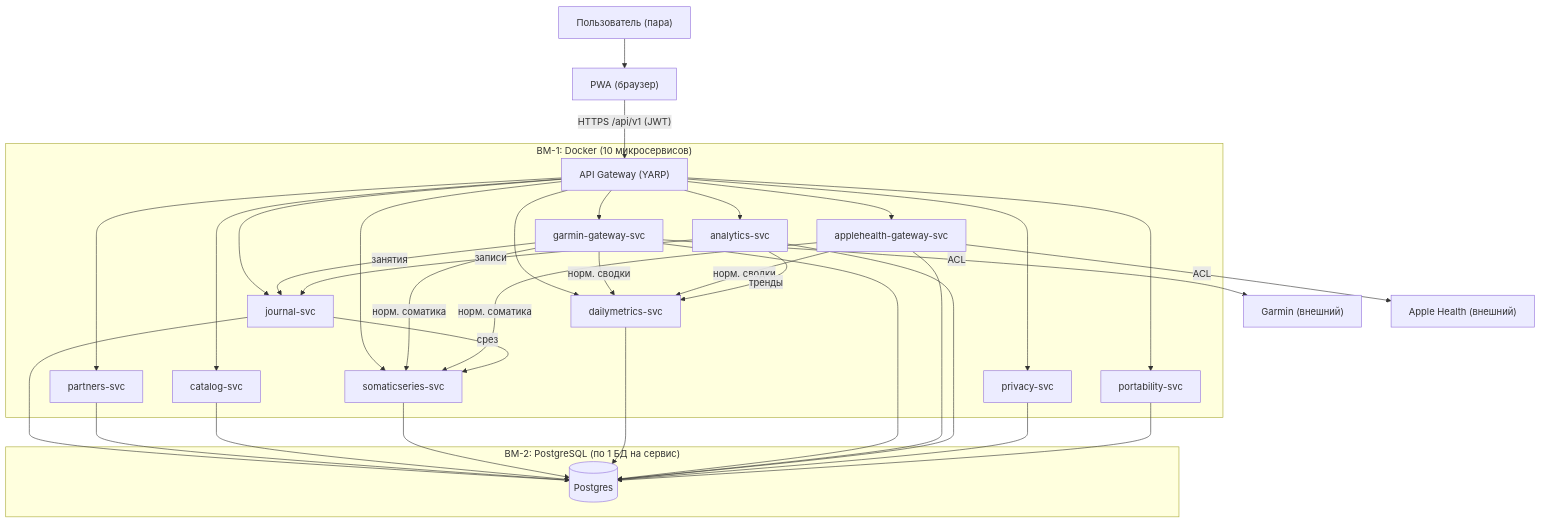
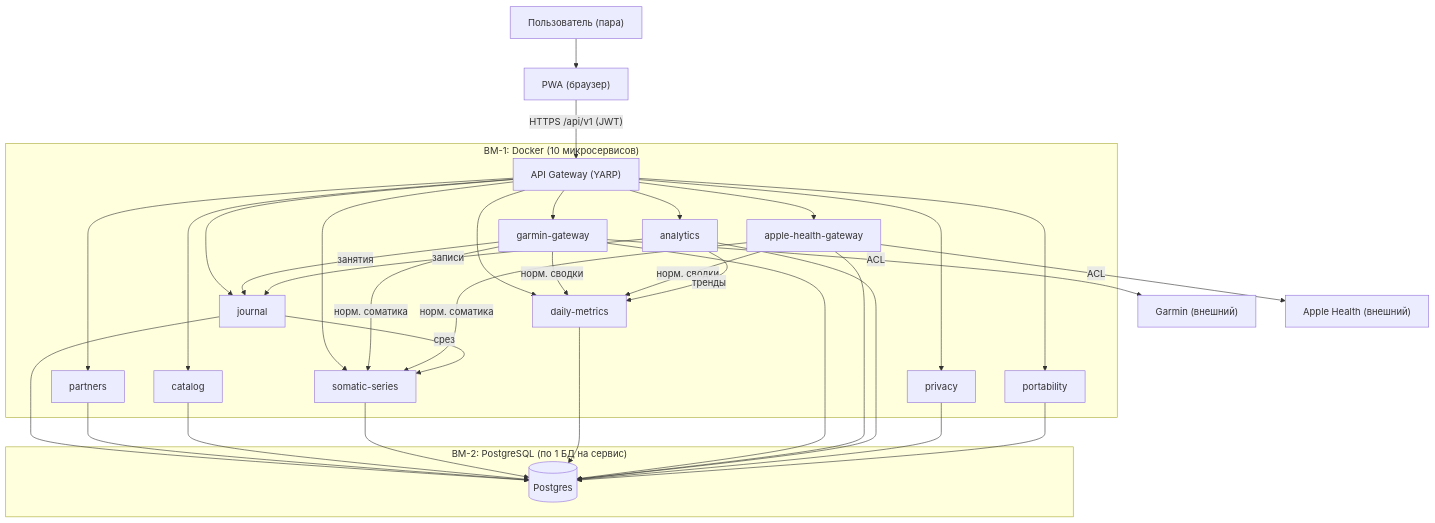
Before and after one commit to Ekstrem/XDiary: the diagram in 04-architecture/c4-containers.md, drawn with Mermaid. The commit also changed other lines of this file and 2 other files, not shown here.

Commit message:
Архитектура: имена микросервисов по домену (MSA, без -svc)

````diff
--- a/04-architecture/c4-containers.md
+++ b/04-architecture/c4-containers.md
@@ -28,39 +28,39 @@
 ```mermaid
 flowchart TD
     U["Пользователь (пара)"] --> PWA["PWA (браузер)"]
     PWA -->|"HTTPS /api/v1 (JWT)"| GW["API Gateway (YARP)"]
 
     subgraph VM1["ВМ-1: Docker (10 микросервисов)"]
         GW
-        J["journal-svc"]
-        PT["partners-svc"]
-        CT["catalog-svc"]
-        SS["somaticseries-svc"]
-        DM["dailymetrics-svc"]
-        GG["garmin-gateway-svc"]
-        AG["applehealth-gateway-svc"]
-        AN["analytics-svc"]
-        PV["privacy-svc"]
-        PD["portability-svc"]
+        J["journal"]
+        PT["partners"]
+        CT["catalog"]
+        SS["somatic-series"]
+        DM["daily-metrics"]
+        GG["garmin-gateway"]
+        AG["apple-health-gateway"]
+        AN["analytics"]
+        PV["privacy"]
+        PD["portability"]
     end
 
     subgraph VM2["ВМ-2: PostgreSQL (по 1 БД на сервис)"]
         DB[("Postgres")]
     end
 
     GW --> J & PT & CT & SS & DM & GG & AG & AN & PV & PD
 
     GG -->|норм. соматика| SS
     GG -->|норм. сводки| DM
     GG -->|занятия| J
     AG -->|норм. соматика| SS
     AG -->|норм. сводки| DM
     J -->|срез| SS
     AN -->|записи| J
     AN -->|тренды| DM
 
     GG -->|ACL| GAR["Garmin (внешний)"]
     AG -->|ACL| AH["Apple Health (внешний)"]
 
     J & PT & CT & SS & DM & GG & AG & AN & PV & PD --> DB
 ```
````
